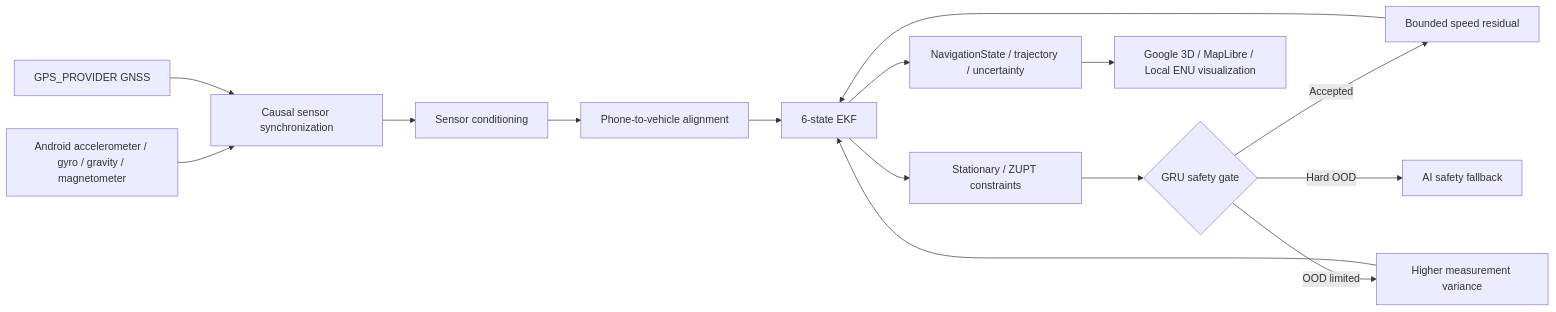
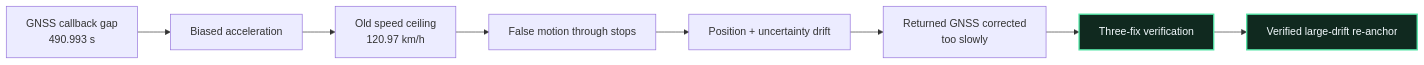
One commit to DSGAMING98/SIH26168-IDR changed the third of 3 diagrams in README.md. Above: the diagram before and after it, drawn with Mermaid. The commit also changed other lines of this file, not shown here.

````diff
--- a/README.md
+++ b/README.md
@@ -179,17 +170,13 @@
 ```mermaid
 flowchart LR
-    A[Android accelerometer / gyro / gravity / magnetometer] --> B[Causal sensor synchronization]
-    G[GPS_PROVIDER GNSS] --> B
-    B --> C[Sensor conditioning]
-    C --> D[Phone-to-vehicle alignment]
-    D --> E[6-state EKF]
-    E --> F[Stationary / ZUPT constraints]
-    F --> H{GRU safety gate}
-    H -->|Accepted| I[Bounded speed residual]
-    H -->|OOD limited| J[Higher measurement variance]
-    H -->|Hard OOD| K[AI safety fallback]
-    I --> E
-    J --> E
-    E --> L[NavigationState / trajectory / uncertainty]
-    L --> M[Google 3D / MapLibre / Local ENU visualization]
+    A[GNSS callback gap<br/>490.993 s] --> B[Biased acceleration]
+    B --> C[Old speed ceiling<br/>120.97 km/h]
+    C --> D[False motion through stops]
+    D --> E[Position + uncertainty drift]
+    E --> F[Returned GNSS corrected<br/>too slowly]
+
+    F --> G[Three-fix verification]:::fix
+    G --> H[Verified large-drift re-anchor]:::fix
+
+    classDef fix fill:#10291f,stroke:#52e5a5,color:#f4fbff,stroke-width:2px
 ```
````
